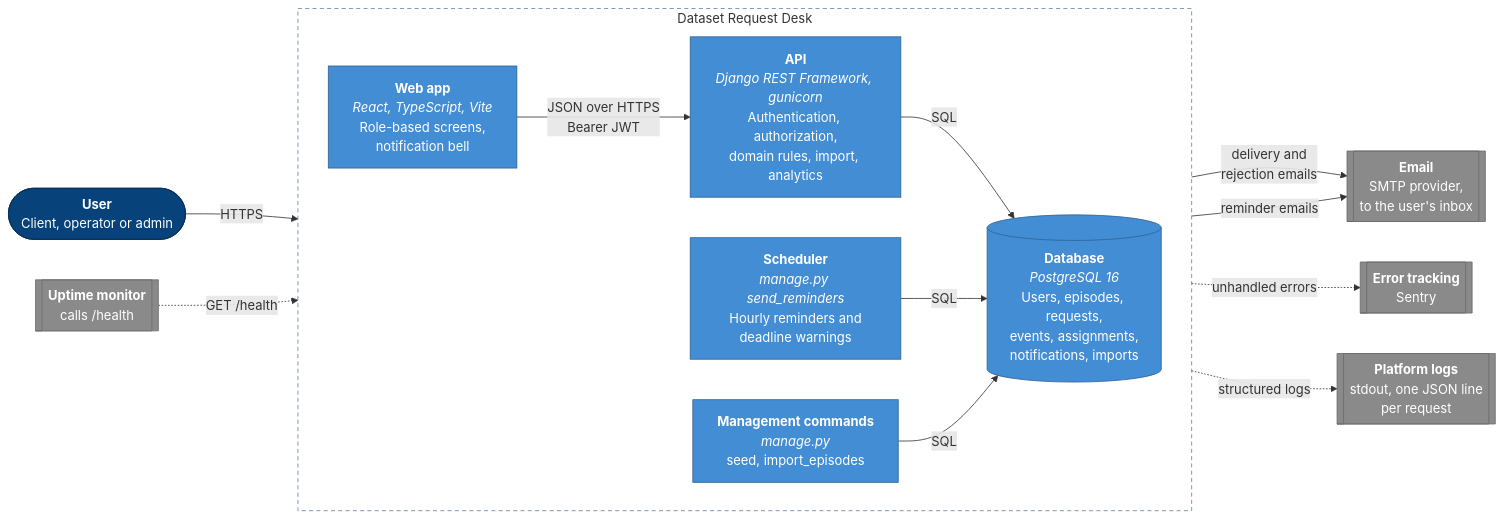
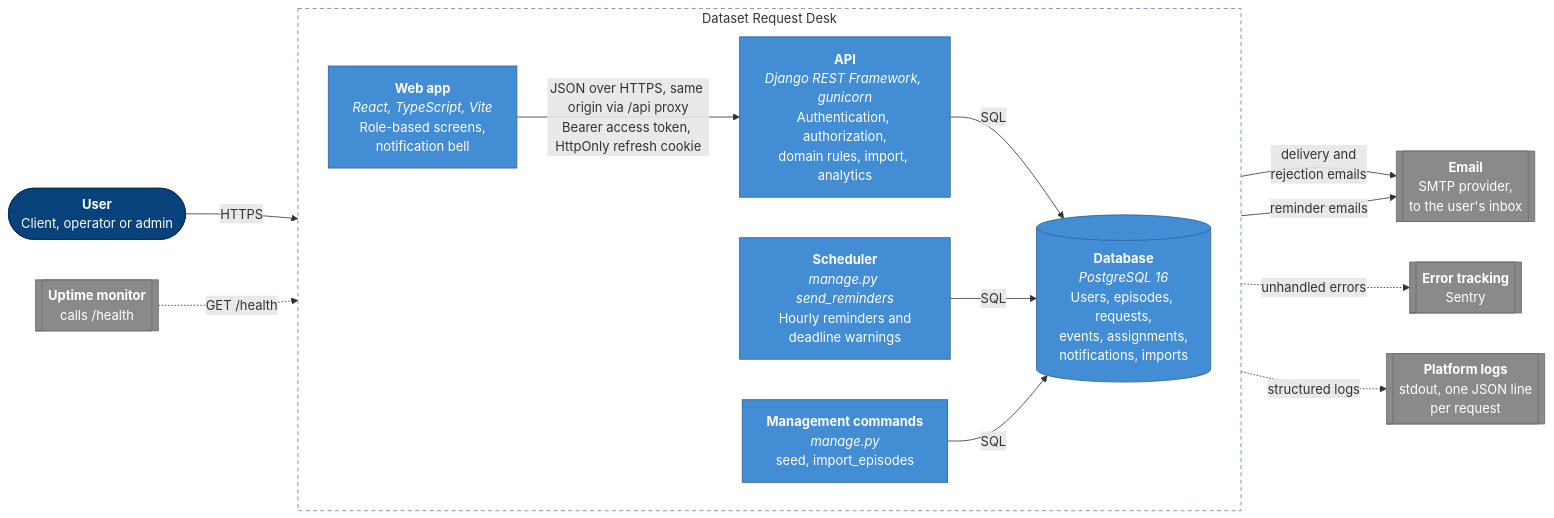
One commit to Michelle-anyika/dataset-request-desk changed the second of 8 diagrams in docs/architecture.md. Above: the diagram before and after it, drawn with Mermaid. The commit also changed other lines of this file and 1 other file, not shown here.

Commit message:
docs: add session revocation to the data model and architecture

````diff
--- a/docs/architecture.md
+++ b/docs/architecture.md
@@ -47,37 +48,37 @@
 ```mermaid
 flowchart LR
     user(["<b>User</b><br/>Client, operator or admin"])
 
     subgraph desk["Dataset Request Desk"]
         direction LR
         web["<b>Web app</b><br/><i>React, TypeScript, Vite</i><br/>Role-based screens,<br/>notification bell"]
         api["<b>API</b><br/><i>Django REST Framework, gunicorn</i><br/>Authentication, authorization,<br/>domain rules, import, analytics"]
         scheduler["<b>Scheduler</b><br/><i>manage.py send_reminders</i><br/>Hourly reminders and<br/>deadline warnings"]
         cli["<b>Management commands</b><br/><i>manage.py</i><br/>seed, import_episodes"]
         db[("<b>Database</b><br/><i>PostgreSQL 16</i><br/>Users, episodes, requests,<br/>events, assignments,<br/>notifications, imports")]
     end
 
     email[["<b>Email</b><br/>SMTP provider,<br/>to the user's inbox"]]
     sentry[["<b>Error tracking</b><br/>Sentry"]]
     logs[["<b>Platform logs</b><br/>stdout, one JSON line<br/>per request"]]
     uptime[["<b>Uptime monitor</b><br/>calls /health"]]
 
     user -- "HTTPS" --> web
-    web -- "JSON over HTTPS<br/>Bearer JWT" --> api
+    web -- "JSON over HTTPS, same origin via /api proxy<br/>Bearer access token, HttpOnly refresh cookie" --> api
     api -- "SQL" --> db
     scheduler -- "SQL" --> db
     cli -- "SQL" --> db
     api -- "delivery and<br/>rejection emails" --> email
     scheduler -- "reminder emails" --> email
     api -. "unhandled errors" .-> sentry
     api -. "structured logs" .-> logs
     uptime -. "GET /health" .-> api
 
     classDef person fill:#08427b,stroke:#052e56,color:#fff
     classDef container fill:#438dd5,stroke:#2e6295,color:#fff
     classDef external fill:#8a8a8a,stroke:#6b6b6b,color:#fff
     class user person
     class web,api,scheduler,cli,db container
     class email,sentry,logs,uptime external
     style desk fill:transparent,stroke:#5d82a8,stroke-width:1px,stroke-dasharray:5 4
 ```
````
